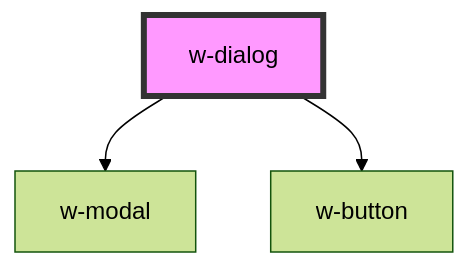
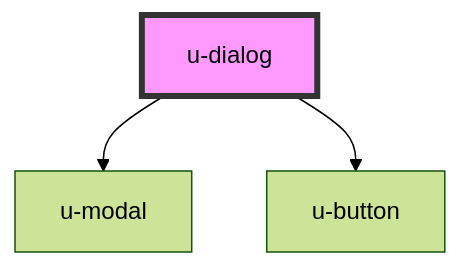
Before and after one commit to theUrbans/uniform: the diagram in src/components/u-dialog/readme.md, drawn with Mermaid (forest theme). The commit also changed other lines of this file and 13 other files, not shown here.

````diff
--- a/src/components/u-dialog/readme.md
+++ b/src/components/u-dialog/readme.md
@@ -23,6 +23,6 @@
 ```mermaid
 graph TD;
-  w-dialog --> w-modal
-  w-dialog --> w-button
-  style w-dialog fill:#f9f,stroke:#333,stroke-width:4px
+  u-dialog --> u-modal
+  u-dialog --> u-button
+  style u-dialog fill:#f9f,stroke:#333,stroke-width:4px
 ```
````
